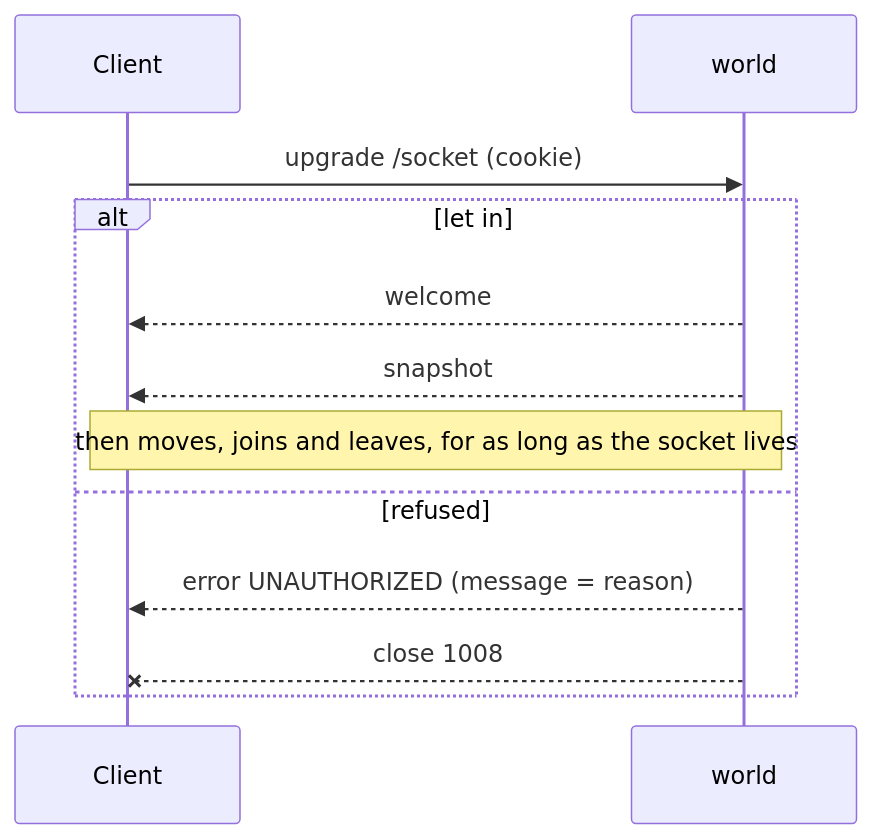
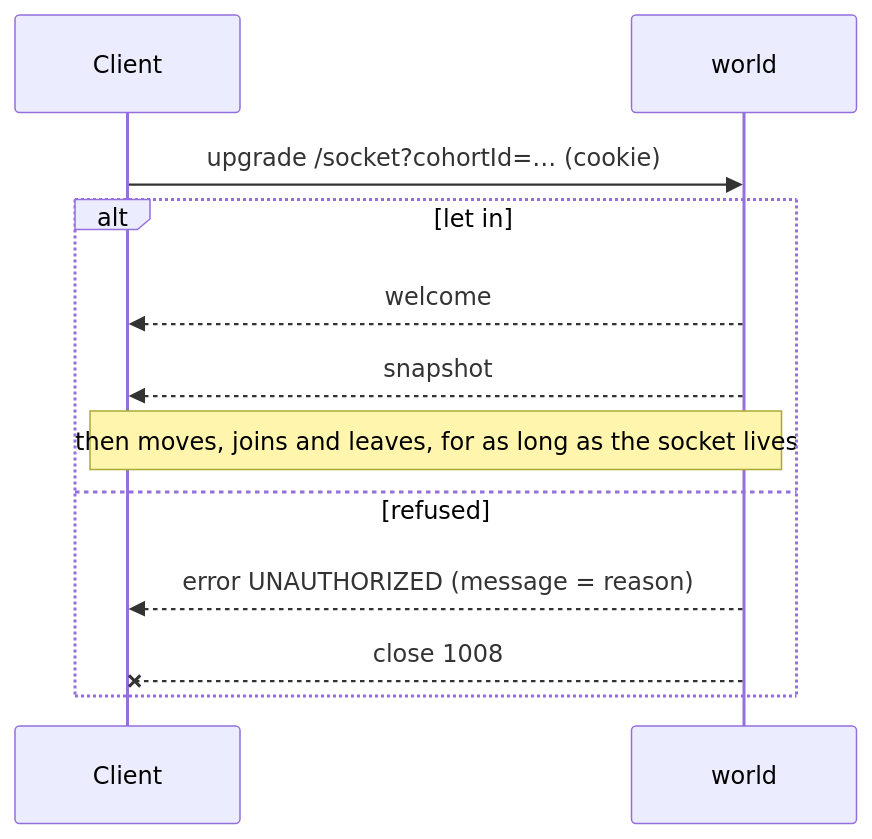
The diagram in docs/world-protocol.md (Risevestacademy/campus-server), drawn with Mermaid before and after one commit. The commit also changed other lines of this file and 13 other files, not shown here.

Commit message:
feat(world): hold one socket per account, in the cohort it names

````diff
--- a/docs/world-protocol.md
+++ b/docs/world-protocol.md
@@ -43,14 +48,14 @@
 ```mermaid
 sequenceDiagram
     participant C as Client
     participant W as world
-    C->>W: upgrade /socket (cookie)
+    C->>W: upgrade /socket?cohortId=… (cookie)
     alt let in
         W-->>C: welcome
         W-->>C: snapshot
         Note over C,W: then moves, joins and leaves, for as long as the socket lives
     else refused
         W-->>C: error UNAUTHORIZED (message = reason)
         W--xC: close 1008
     end
 ```
````
